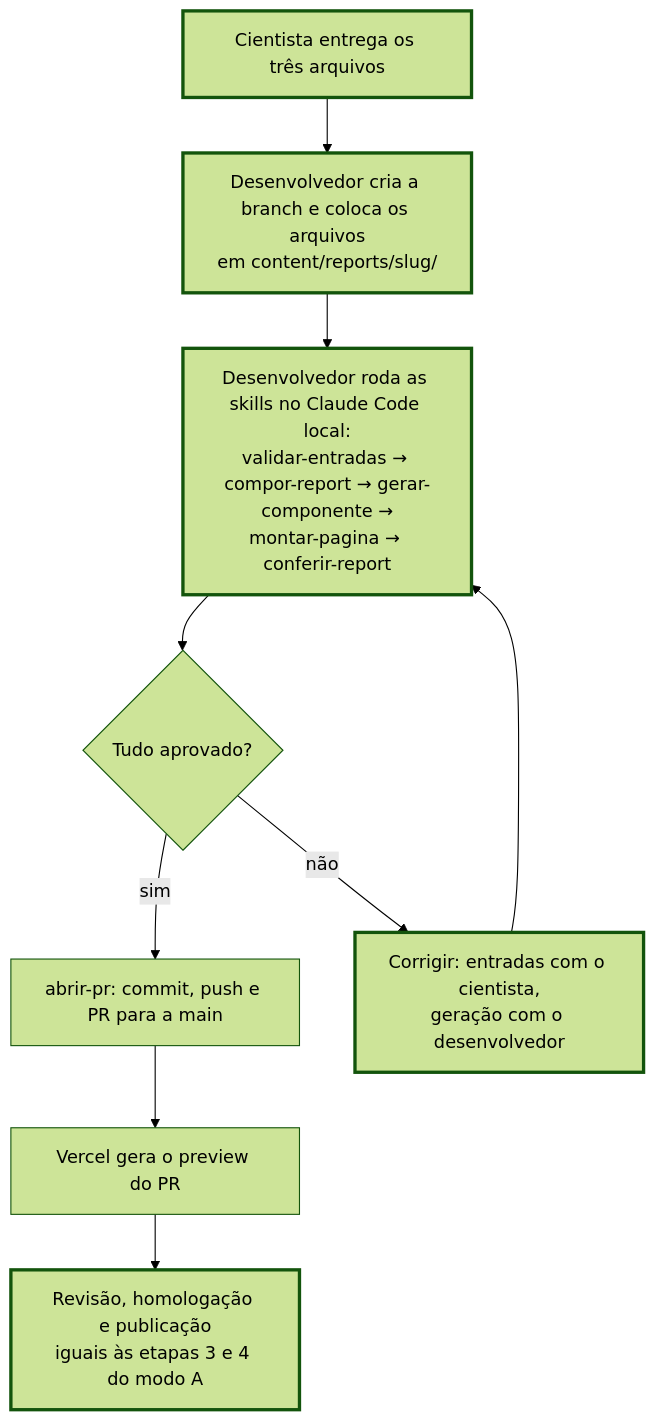
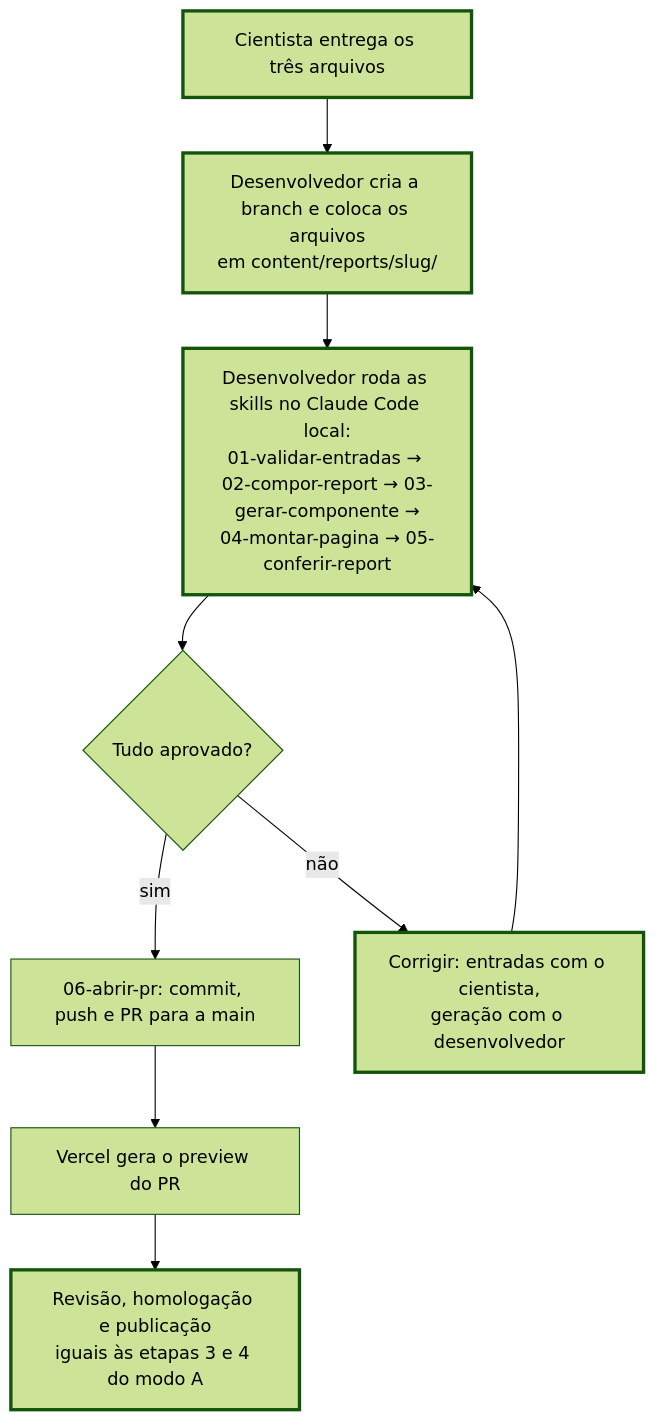
One commit to Graf-Consulting/graf-reports changed the second of 2 diagrams in docs/fluxo-da-esteira.md. Above: the diagram before and after it, drawn with Mermaid (forest theme). The commit also changed other lines of this file and 12 other files, not shown here.

````diff
--- a/docs/fluxo-da-esteira.md
+++ b/docs/fluxo-da-esteira.md
@@ -87,14 +87,14 @@
 ```mermaid
 flowchart TD
   C1["Cientista entrega os três arquivos"]:::h
   C2["Desenvolvedor cria a branch e coloca os arquivos<br/>em content/reports/slug/"]:::h
-  C3["Desenvolvedor roda as skills no Claude Code local:<br/>validar-entradas → compor-report → gerar-componente →<br/>montar-pagina → conferir-report"]:::h
+  C3["Desenvolvedor roda as skills no Claude Code local:<br/>01-validar-entradas → 02-compor-report → 03-gerar-componente →<br/>04-montar-pagina → 05-conferir-report"]:::h
   C4{"Tudo aprovado?"}
-  C5["abrir-pr: commit, push e PR para a main"]
+  C5["06-abrir-pr: commit, push e PR para a main"]
   C6["Vercel gera o preview do PR"]
   C7["Revisão, homologação e publicação<br/>iguais às etapas 3 e 4 do modo A"]:::h
   C1 --> C2 --> C3 --> C4
   C4 -- sim --> C5 --> C6 --> C7
   C4 -- não --> C8["Corrigir: entradas com o cientista,<br/>geração com o desenvolvedor"]:::h --> C3
   classDef h stroke-width:3px
 ```
````
